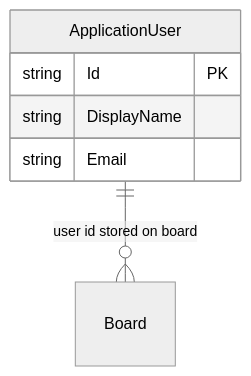
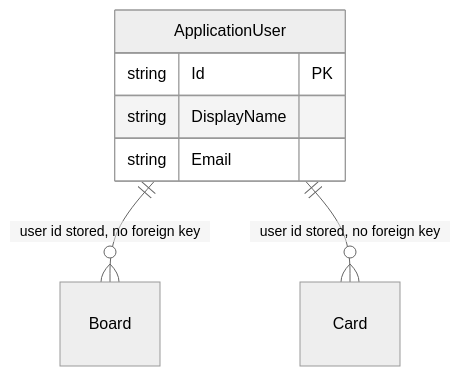
Before and after one commit to justarunsthing/Relay: the second of 2 diagrams in docs/data-model.md, drawn with Mermaid (neutral theme). The commit also changed other lines of this file and 12 other files, not shown here.

````diff
--- a/docs/data-model.md
+++ b/docs/data-model.md
@@ -37,10 +37,11 @@
 ```mermaid
 erDiagram
-    ApplicationUser ||--o{ Board : "user id stored on board"
+    ApplicationUser ||--o{ Board : "user id stored, no foreign key"
+    ApplicationUser ||--o{ Card : "user id stored, no foreign key"
 
     ApplicationUser {
         string Id PK
         string DisplayName
         string Email
     }
 ```
````
